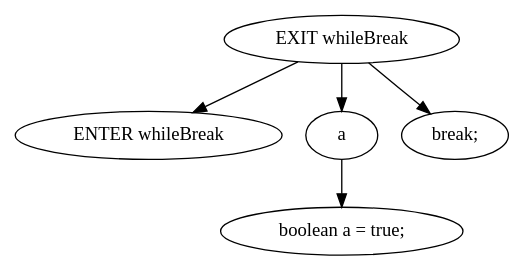
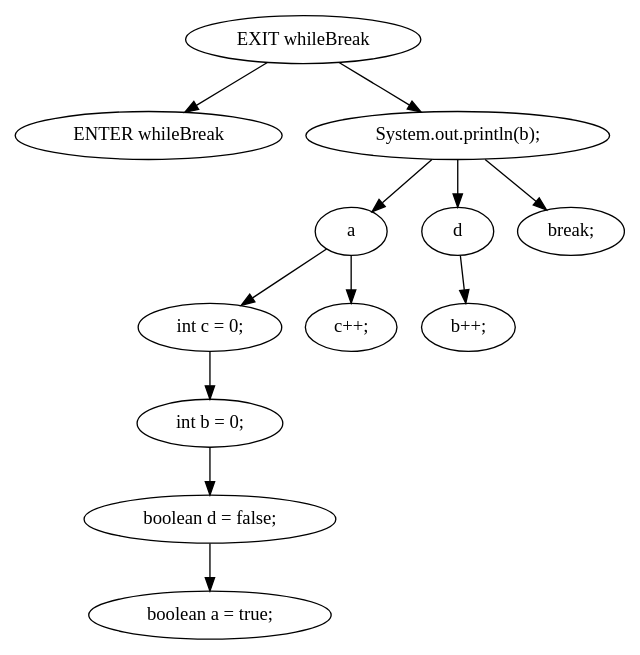
One commit to Surprise-Jing/Java-oriented-analysis-and-understanding-tools changed the diagram in staticSlicer/data/testcases/output/while/WhileTest/pdg/dot/whileBreak()pdt.dot. Above: the diagram before and after it, drawn with Graphviz. The commit also changed 104 other files, not shown here.

```diff
--- a/staticSlicer/data/testcases/output/while/WhileTest/pdg/dot/whileBreak()pdt.dot
+++ b/staticSlicer/data/testcases/output/while/WhileTest/pdg/dot/whileBreak()pdt.dot
@@ -1,11 +1,25 @@
 digraph G {
   0 [ label="ENTER whileBreak" ];
   1 [ label="EXIT whileBreak" ];
   2 [ label="boolean a = true;" ];
-  3 [ label="a" ];
-  4 [ label="break;" ];
+  3 [ label="boolean d = false;" ];
+  4 [ label="int b = 0;" ];
+  5 [ label="int c = 0;" ];
+  6 [ label="a" ];
+  7 [ label="b++;" ];
+  8 [ label="d" ];
+  9 [ label="break;" ];
+  10 [ label="c++;" ];
+  11 [ label="System.out.println(b);" ];
+  11 -> 8;
+  6 -> 5;
+  1 -> 0;
+  11 -> 6;
+  11 -> 9;
+  8 -> 7;
+  5 -> 4;
+  4 -> 3;
   3 -> 2;
-  1 -> 0;
-  1 -> 3;
-  1 -> 4;
+  6 -> 10;
+  1 -> 11;
 }
```
